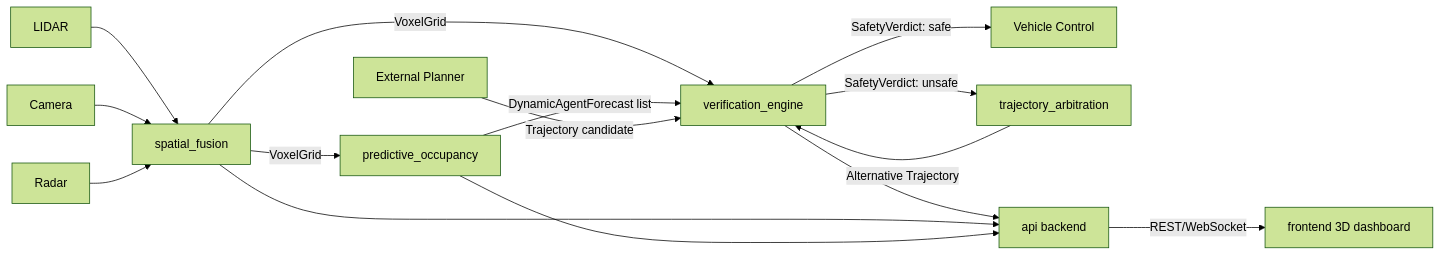
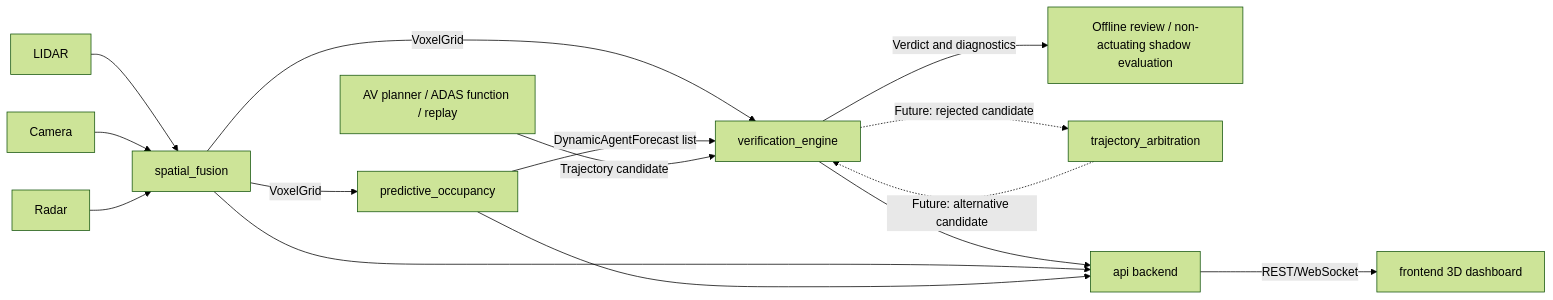
One commit to catanablack/geo_safe_verification changed the diagram in src/README.md. Above: the diagram before and after it, drawn with Mermaid (forest theme). The commit also changed other lines of this file and 4 other files, not shown here.

````diff
--- a/src/README.md
+++ b/src/README.md
@@ -41,17 +48,17 @@
 ```mermaid
 flowchart LR
     S1[LIDAR] --> SF[spatial_fusion]
     S2[Camera] --> SF
     S3[Radar] --> SF
     SF -->|VoxelGrid| PO[predictive_occupancy]
     SF -->|VoxelGrid| VE[verification_engine]
     PO -->|DynamicAgentForecast list| VE
-    PL[External Planner] -->|Trajectory candidate| VE
-    VE -->|SafetyVerdict: safe| CTRL[Vehicle Control]
-    VE -->|SafetyVerdict: unsafe| TA[trajectory_arbitration]
-    TA -->|Alternative Trajectory| VE
+    PL[AV planner / ADAS function / replay] -->|Trajectory candidate| VE
+    VE -->|Verdict and diagnostics| REVIEW[Offline review / non-actuating shadow evaluation]
+    VE -.->|Future: rejected candidate| TA[trajectory_arbitration]
+    TA -.->|Future: alternative candidate| VE
     VE --> API[api backend]
     SF --> API
     PO --> API
     API -->|REST/WebSocket| FE[frontend 3D dashboard]
 ```
````
